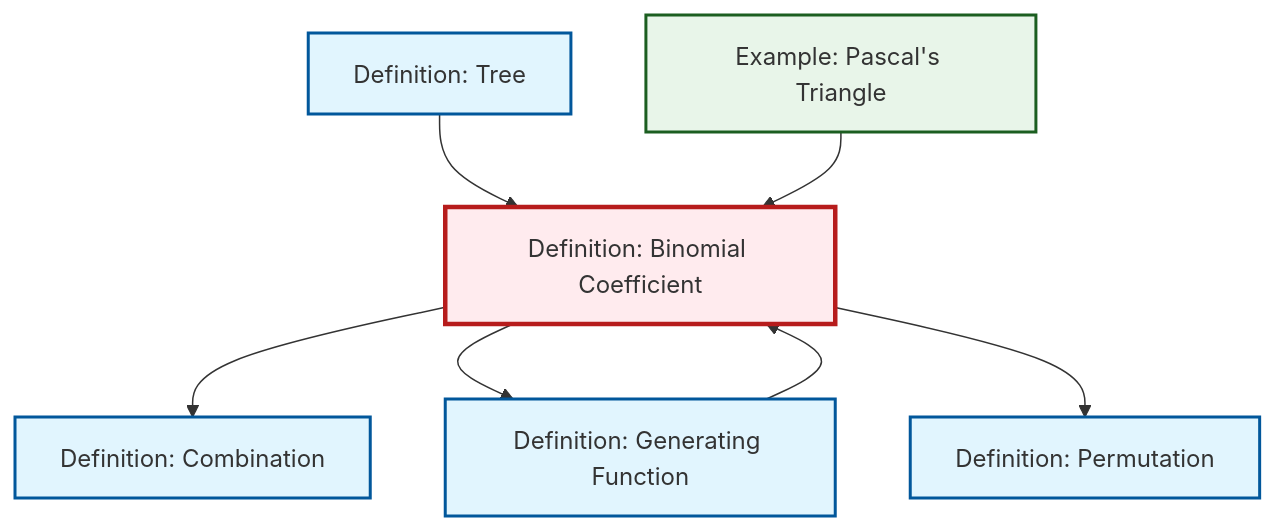
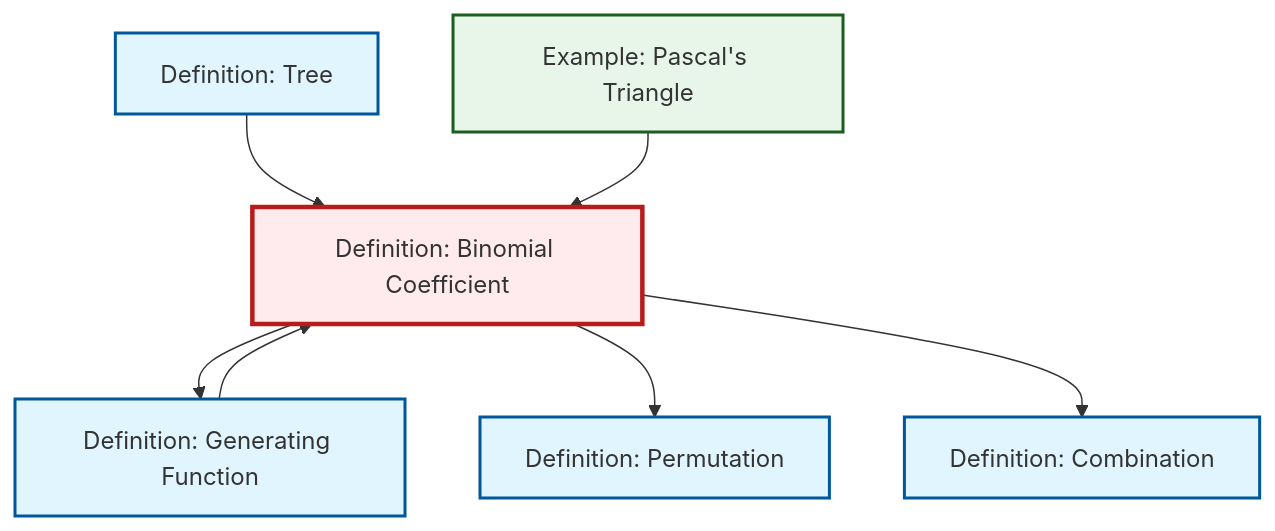
One commit to RK0429/ModernMath changed the diagram in content/en/combinatorics/def-binomial-coefficient.qmd. Above: the diagram before and after it, drawn with Mermaid. The commit also changed other lines of this file and 328 other files, not shown here.

````diff
--- a/content/en/combinatorics/def-binomial-coefficient.qmd
+++ b/content/en/combinatorics/def-binomial-coefficient.qmd
@@ -62,27 +63,27 @@
 ```{mermaid}
 %%| fig-cap: "Local dependency graph"
 graph TD
     classDef definition fill:#e1f5fe,stroke:#01579b,stroke-width:2px
     classDef theorem fill:#f3e5f5,stroke:#4a148c,stroke-width:2px
     classDef axiom fill:#fff3e0,stroke:#e65100,stroke-width:2px
     classDef example fill:#e8f5e9,stroke:#1b5e20,stroke-width:2px
     classDef current fill:#ffebee,stroke:#b71c1c,stroke-width:3px
+    def-binomial-coefficient["Definition: Binomial Coefficient"]:::definition
+    def-generating-function["Definition: Generating Function"]:::definition
+    def-combination["Definition: Combination"]:::definition
+    ex-pascals-triangle["Example: Pascal's Triangle"]:::example
+    def-permutation["Definition: Permutation"]:::definition
     def-tree["Definition: Tree"]:::definition
-    def-generating-function["Definition: Generating Function"]:::definition
-    ex-pascals-triangle["Example: Pascal's Triangle"]:::example
-    def-combination["Definition: Combination"]:::definition
-    def-binomial-coefficient["Definition: Binomial Coefficient"]:::definition
-    def-permutation["Definition: Permutation"]:::definition
+    def-binomial-coefficient --> def-generating-function
+    def-binomial-coefficient --> def-permutation
+    def-generating-function --> def-binomial-coefficient
     def-binomial-coefficient --> def-combination
     def-tree --> def-binomial-coefficient
-    def-generating-function --> def-binomial-coefficient
-    def-binomial-coefficient --> def-generating-function
-    def-binomial-coefficient --> def-permutation
     ex-pascals-triangle --> def-binomial-coefficient
     class def-binomial-coefficient current
+    click def-generating-function "def-generating-function.html" "Go to Generating Function definition"
+    click def-combination "def-combination.html" "Go to Combination definition"
+    click ex-pascals-triangle "ex-pascals-triangle.html" "Go to Pascal's Triangle example"
+    click def-permutation "def-permutation.html" "Go to Permutation definition"
     click def-tree "def-tree.html" "Go to Tree definition"
-    click def-generating-function "def-generating-function.html" "Go to Generating Function definition"
-    click ex-pascals-triangle "ex-pascals-triangle.html" "Go to Pascal's Triangle example"
-    click def-combination "def-combination.html" "Go to Combination definition"
-    click def-permutation "def-permutation.html" "Go to Permutation definition"
 ```
````
